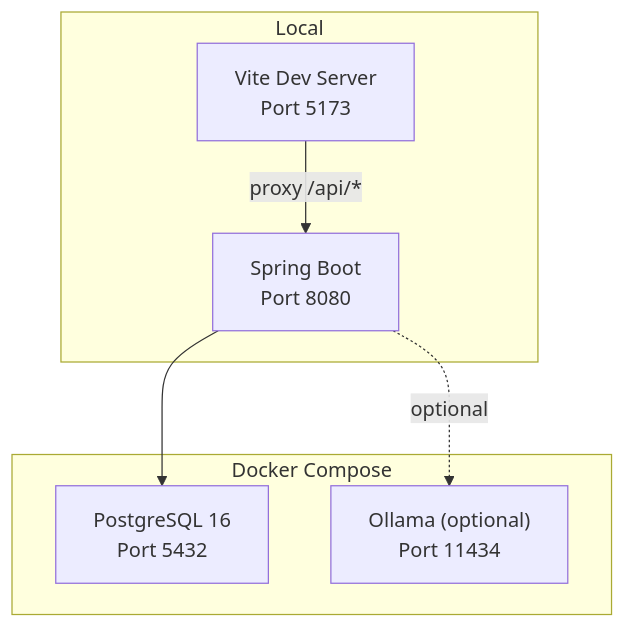
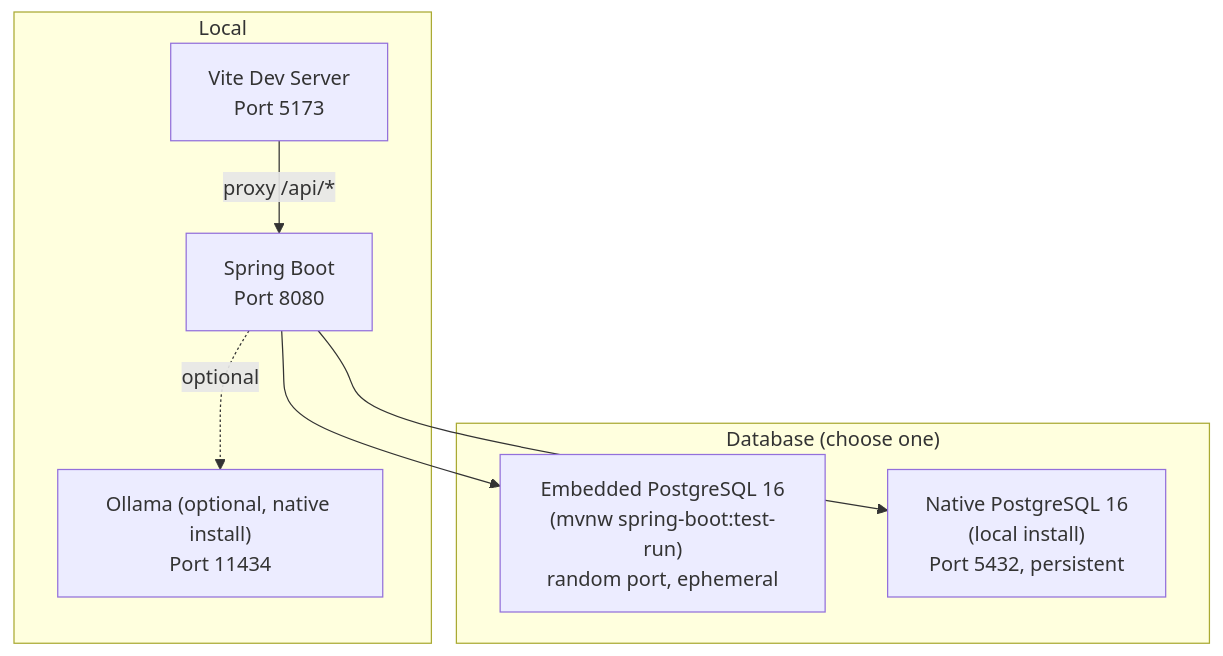
Diagram 13 of 13 in docs/architecture.md (Pranjalian/GitHub-Repository-Intelligence-Platform), drawn with Mermaid before and after one commit. The commit also changed other lines of this file and 12 other files, not shown here.

First line of the commit message:
feat(backend): initialize Spring Boot backend (step 0.1) without Docker

````diff
--- a/docs/architecture.md
+++ b/docs/architecture.md
@@ -1250,16 +1252,18 @@
 ```mermaid
 graph TD
-    subgraph Docker Compose
-        DB["PostgreSQL 16\nPort 5432"]
-        OLLAMA["Ollama (optional)\nPort 11434"]
+    subgraph Database["Database (choose one)"]
+        EDB["Embedded PostgreSQL 16\n(mvnw spring-boot:test-run)\nrandom port, ephemeral"]
+        NDB["Native PostgreSQL 16\n(local install)\nPort 5432, persistent"]
     end
 
     subgraph Local
         BE["Spring Boot\nPort 8080"]
         FE["Vite Dev Server\nPort 5173"]
+        OLLAMA["Ollama (optional, native install)\nPort 11434"]
     end
 
     FE -->|"proxy /api/*"| BE
-    BE --> DB
+    BE --> EDB
+    BE --> NDB
     BE -.->|"optional"| OLLAMA
 ```
````
